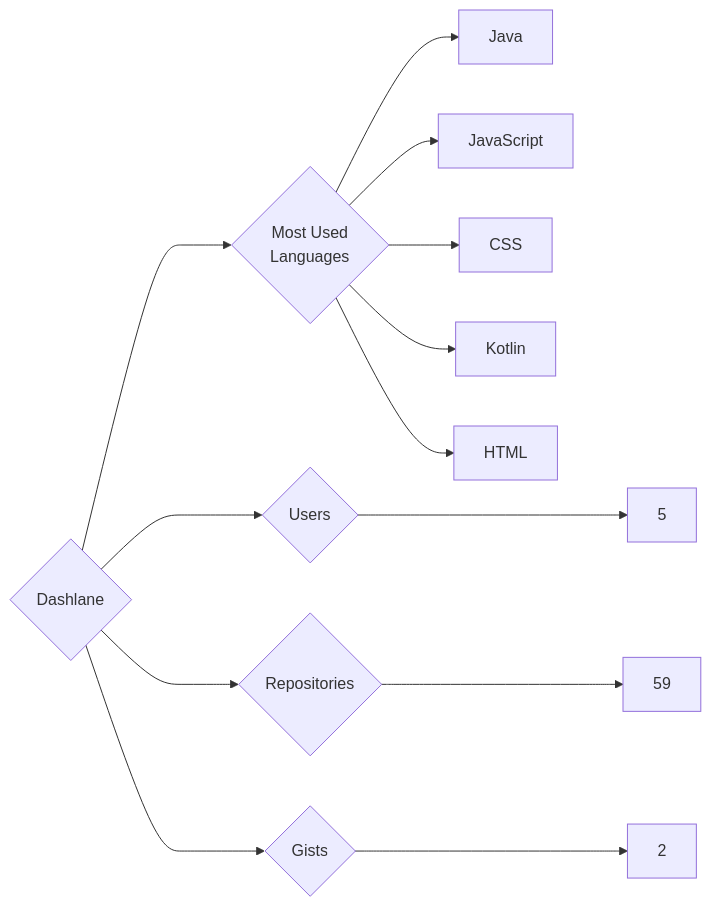
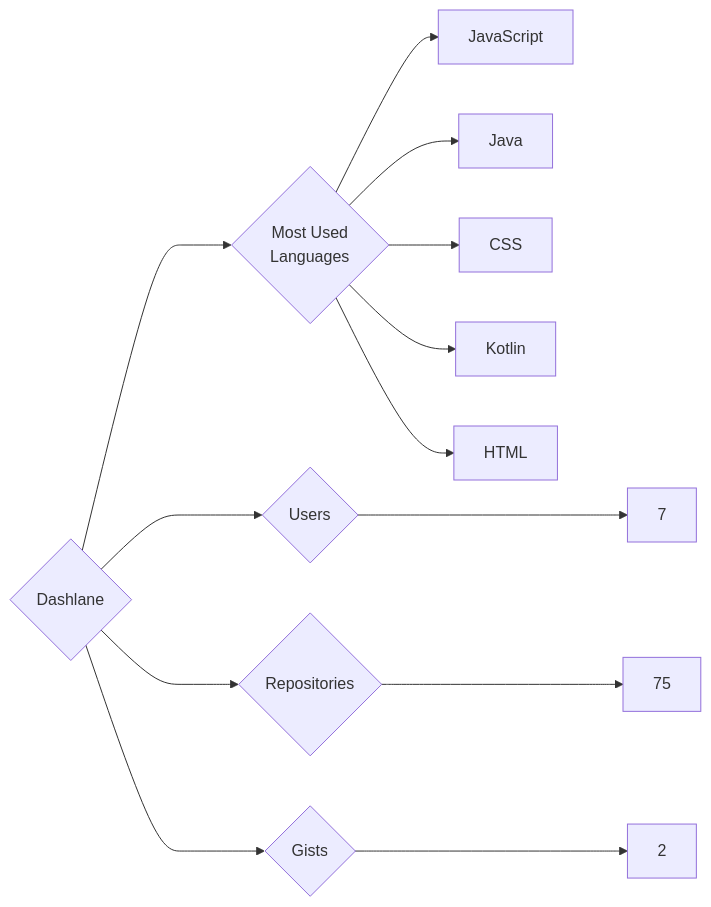
One commit to trickest/insiders changed the diagram in targets/Dashlane/README.md. Above: the diagram before and after it, drawn with Mermaid. The commit also changed 1055 other files, not shown here.

````diff
--- a/targets/Dashlane/README.md
+++ b/targets/Dashlane/README.md
@@ -3,13 +3,13 @@
 ```mermaid
 graph LR
 COMPANY_NAME{Dashlane}
-COMPANY_NAME ---> U{Users} ---> UN[5]
-COMPANY_NAME ---> R{Repositories} ---> RN[59]
+COMPANY_NAME ---> U{Users} ---> UN[7]
+COMPANY_NAME ---> R{Repositories} ---> RN[75]
 COMPANY_NAME ---> G{Gists} ---> GN[2]
 COMPANY_NAME ---> ML{Most Used<br>Languages}
+ML --> JavaScript[JavaScript]
 ML --> Java[Java]
-ML --> JavaScript[JavaScript]
 ML --> CSS[CSS]
 ML --> Kotlin[Kotlin]
 ML --> HTML[HTML]
 ```
````
